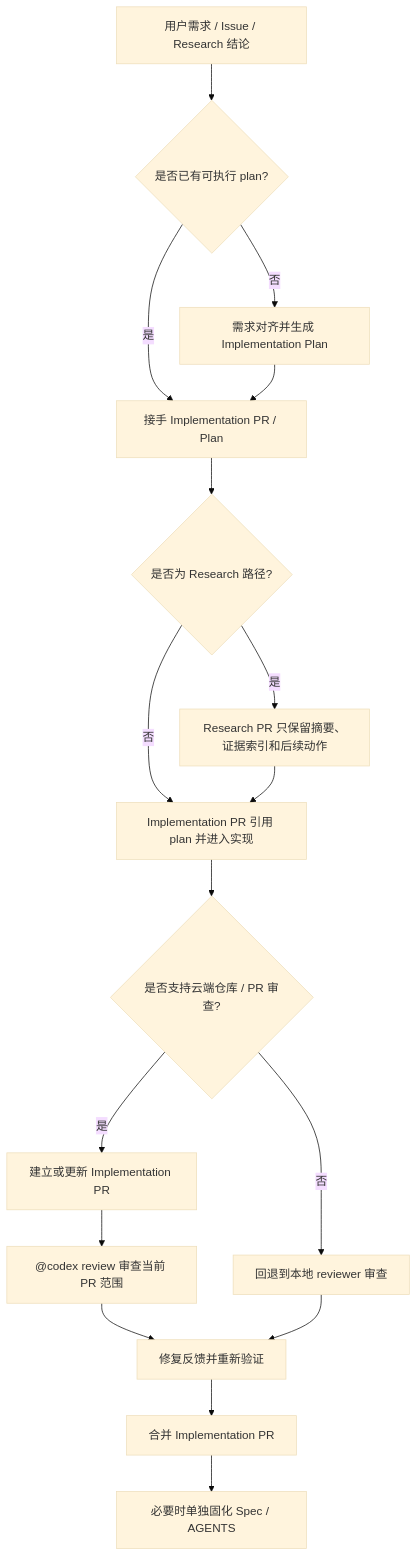
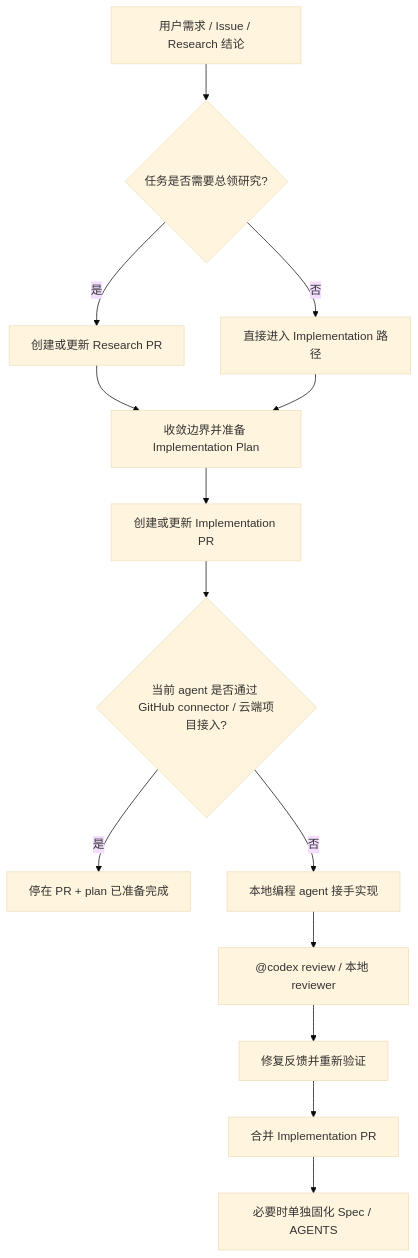
The diagram in templates/repo/docs/specs/agent-workflow.md (DoraemonHugU/oh-my-harness), drawn with Mermaid (base theme) before and after one commit. The commit also changed other lines of this file and 34 other files, not shown here.

````diff
--- a/templates/repo/docs/specs/agent-workflow.md
+++ b/templates/repo/docs/specs/agent-workflow.md
@@ -9,19 +71,16 @@
 ```mermaid
 flowchart TD
-    A["用户需求 / Issue / Research 结论"] --> B{"是否已有可执行 plan?"}
-    B -- "否" --> C["需求对齐并生成 Implementation Plan"]
-    B -- "是" --> D["接手 Implementation PR / Plan"]
-    C --> D
-    D --> E{"是否为 Research 路径?"}
-    E -- "是" --> F["Research PR 只保留摘要、证据索引和后续动作"]
-    E -- "否" --> G["Implementation PR 引用 plan 并进入实现"]
-    F --> G
-    G --> H{"是否支持云端仓库 / PR 审查?"}
-    H -- "是" --> I["建立或更新 Implementation PR"]
-    I --> J["@codex review 审查当前 PR 范围"]
-    H -- "否" --> K["回退到本地 reviewer 审查"]
-    J --> L["修复反馈并重新验证"]
-    K --> L
-    L --> M["合并 Implementation PR"]
-    M --> N["必要时单独固化 Spec / AGENTS"]
+    A["用户需求 / Issue / Research 结论"] --> B{"任务是否需要总领研究?"}
+    B -- "是" --> C["创建或更新 Research PR"]
+    B -- "否" --> D["直接进入 Implementation 路径"]
+    C --> E["收敛边界并准备 Implementation Plan"]
+    D --> E
+    E --> F["创建或更新 Implementation PR"]
+    F --> G{"当前 agent 是否通过 GitHub connector / 云端项目接入?"}
+    G -- "是" --> H["停在 PR + plan 已准备完成"]
+    G -- "否" --> I["本地编程 agent 接手实现"]
+    I --> J["@codex review / 本地 reviewer"]
+    J --> K["修复反馈并重新验证"]
+    K --> L["合并 Implementation PR"]
+    L --> M["必要时单独固化 Spec / AGENTS"]
 ```
````
